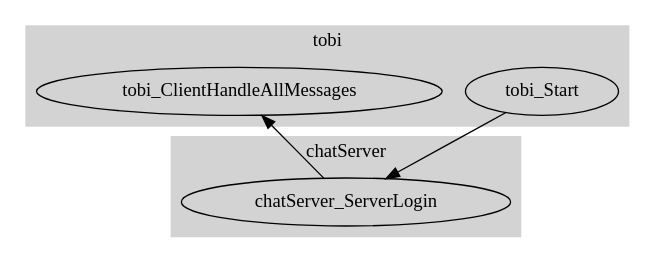
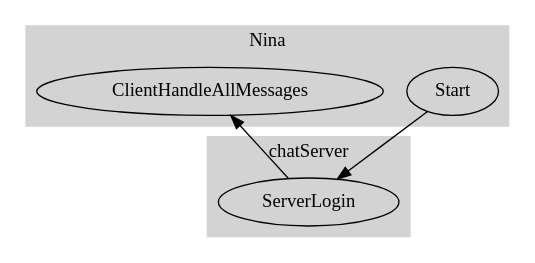
One commit to fujaba/SDMLib changed the diagram in doc/ClientLoginFlow.dot. Above: the diagram before and after it, drawn with Graphviz. The commit also changed 32 other files, not shown here.

```diff
--- a/doc/ClientLoginFlow.dot
+++ b/doc/ClientLoginFlow.dot
@@ -1,27 +1,27 @@
  digraph TaskFlowDiagram {
     
-    subgraph clustertobi {
+    subgraph clusterNina {
     	rankdir="LR";
     	style=filled;
 		color=lightgrey;
-        tobi_Start;
-        tobi_ClientHandleAllMessages;
+        Nina_Start[label="Start"];
+        Nina_ClientHandleAllMessages[label="ClientHandleAllMessages"];
 
-    	label = "tobi";
+    	label = "Nina";
     }
     
     subgraph clusterchatServer {
     	rankdir="LR";
     	style=filled;
 		color=lightgrey;
-        chatServer_ServerLogin;
+        chatServer_ServerLogin[label="ServerLogin"];
 
     	label = "chatServer";
     }
     
 
     
-    tobi_Start -> chatServer_ServerLogin; 
-    chatServer_ServerLogin -> tobi_ClientHandleAllMessages; 
+    Nina_Start -> chatServer_ServerLogin; 
+    chatServer_ServerLogin -> Nina_ClientHandleAllMessages; 
 
 }
```
